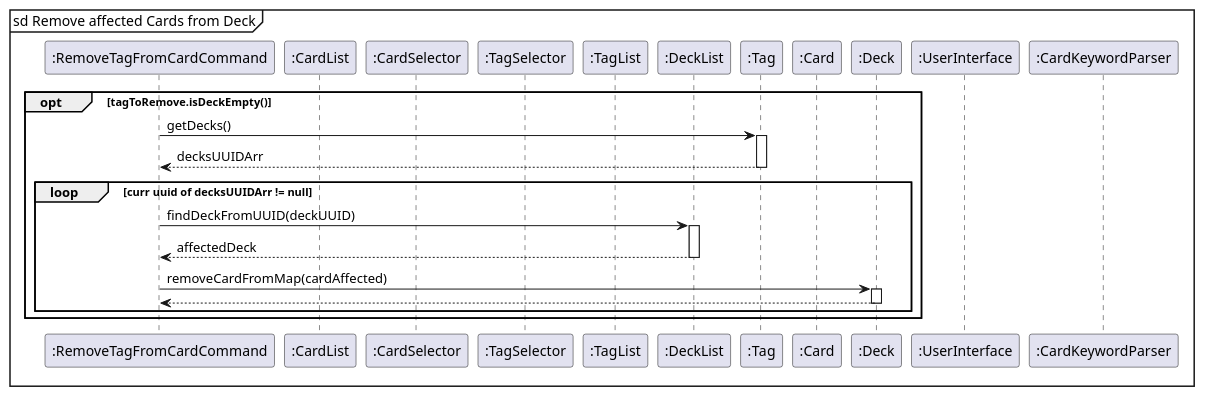
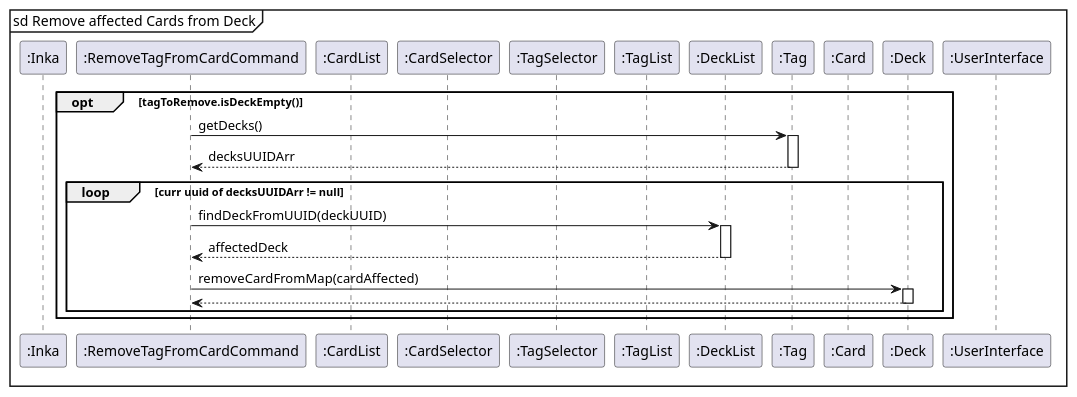
The diagram in docs/uml/RemoveCardFromDecksRef.puml (nus-cs2113-AY2223S2/tp), drawn with PlantUML before and after one commit. The commit also changed 17 other files, not shown here.

Commit message:
docs : remove parser section from tag sequence diagrams

```diff
--- a/docs/uml/RemoveCardFromDecksRef.puml
+++ b/docs/uml/RemoveCardFromDecksRef.puml
@@ -2,31 +2,32 @@
 @startuml
 autoactivate on
 
 mainframe sd Remove affected Cards from Deck
 
+participant ":Inka" as Inka
 participant ":RemoveTagFromCardCommand" as RemoveTagFromCardCommand
 participant ":TagList" as TagList
 participant ":CardList" as CardList
 participant ":CardSelector" as CardSelector
 participant ":TagSelector" as TagSelector
 participant ":TagList" as TagList
 participant ":DeckList" as DeckList
 participant ":Tag" as Tag
 participant ":Card" as Card
 participant ":Deck" as Deck
 participant ":UserInterface" as UserInterface
-participant ":CardKeywordParser" as CardKeywordParser
+
 
 
 opt tagToRemove.isDeckEmpty()
 RemoveTagFromCardCommand -> Tag : getDecks()
 return decksUUIDArr
 loop curr uuid of decksUUIDArr != null
 RemoveTagFromCardCommand -> DeckList : findDeckFromUUID(deckUUID)
 return affectedDeck
 RemoveTagFromCardCommand -> Deck : removeCardFromMap(cardAffected)
 return
 end loop
 end
 
 @enduml
```
